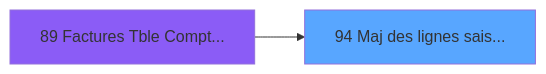
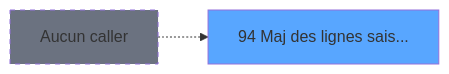
One commit to thonyAGP/magic-migration changed the second of 3 diagrams in .openspec/specs/ADH-IDE-94.md. Above: the diagram before and after it, drawn with Mermaid. The commit also changed other lines of this file and 311 other files, not shown here.

````diff
--- a/.openspec/specs/ADH-IDE-94.md
+++ b/.openspec/specs/ADH-IDE-94.md
@@ -215,8 +199,8 @@
 ```mermaid
 graph LR
     T94[94 Maj des lignes sais...]
     style T94 fill:#58a6ff
-    CC89[89 Factures Tble Compt...]
-    style CC89 fill:#8b5cf6
-    CC89 --> T94
+    NONE[Aucun caller]
+    NONE -.-> T94
+    style NONE fill:#6b7280,stroke-dasharray: 5 5
 ```
````
